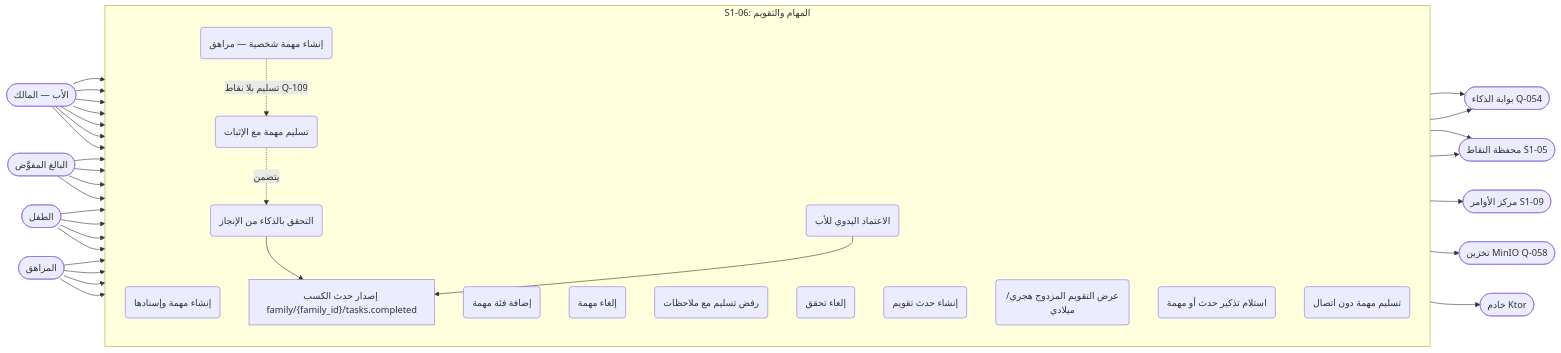
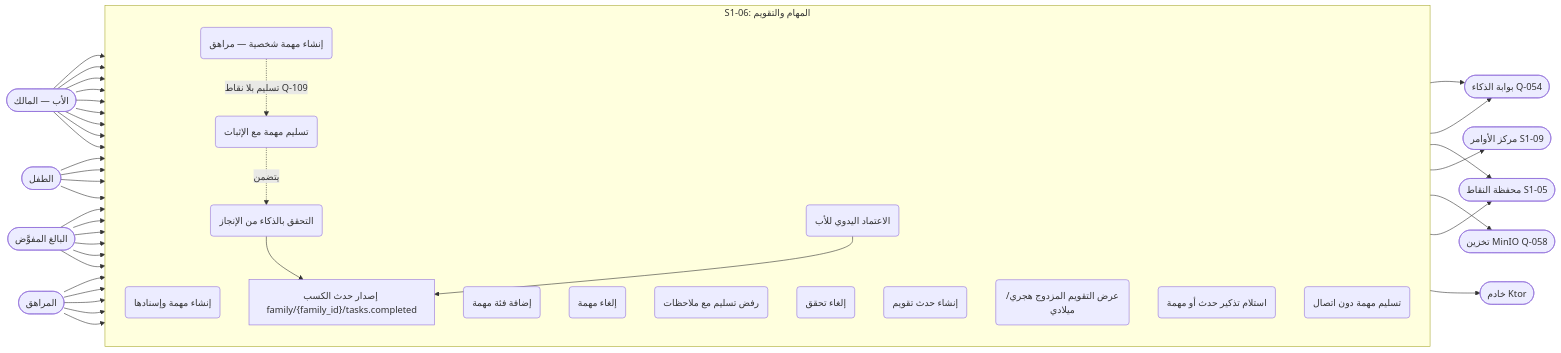
Before and after one commit to Bassam-mohammed-alqaeadi/family-os-v2: the first of 12 diagrams in docs/family-os/governance/phases/phase-1/S1-06-tasks-and-calendar/DIAGRAMS.md, drawn with Mermaid. The commit also changed other lines of this file and 3 other files, not shown here.

````diff
--- a/docs/family-os/governance/phases/phase-1/S1-06-tasks-and-calendar/DIAGRAMS.md
+++ b/docs/family-os/governance/phases/phase-1/S1-06-tasks-and-calendar/DIAGRAMS.md
@@ -14,61 +14,66 @@
 ```mermaid
 flowchart LR
     Father([الأب — المالك])
     Adult([البالغ المفوَّض])
     Child([الطفل])
     Teen([المراهق])
     AI([بوابة الذكاء Q-054])
     Server([خادم Ktor])
     S105([محفظة النقاط S1-05])
     S109([مركز الأوامر S1-09])
     MinIO([تخزين MinIO Q-058])
 
     subgraph S106 [S1-06: المهام والتقويم]
         direction TB
         UC1(إنشاء مهمة وإسنادها)
         UC2(إضافة فئة مهمة)
         UC3(إلغاء مهمة)
         UC4(تسليم مهمة مع الإثبات)
         UC5(التحقق بالذكاء من الإنجاز)
         UC6(الاعتماد اليدوي للأب)
         UC7(رفض تسليم مع ملاحظات)
         UC8(إلغاء تحقق)
         UC9(إنشاء حدث تقويم)
         UC10(عرض التقويم المزدوج هجري/ميلادي)
         UC11(استلام تذكير حدث أو مهمة)
         UC12(إنشاء مهمة شخصية — مراهق)
         UC13(تسليم مهمة دون اتصال)
         UC14["إصدار حدث الكسب family/{family_id}/tasks.completed"]
     end
 
     Father --> UC1
     Father --> UC2
     Father --> UC3
     Father --> UC6
     Father --> UC7
     Father --> UC8
     Father --> UC9
     Adult --> UC1
     Adult --> UC3
     Adult --> UC6
     Adult --> UC9
     Child --> UC4
     Child --> UC10
     Child --> UC11
     Child --> UC13
     Teen --> UC4
     Teen --> UC10
     Teen --> UC11
     Teen --> UC12
+    Teen --> UC13
+    Father --> UC10
+    Father --> UC11
+    Adult --> UC10
+    Adult --> UC11
     UC4 -.->|يتضمن| UC5
     UC4 --> AI
     UC5 --> AI
     UC5 --> UC14
     UC6 --> UC14
     UC14 --> S105
     UC4 --> S109
     UC5 --> MinIO
     UC8 --> S105
     UC13 --> Server
     UC12 -.->|تسليم بلا نقاط Q-109| UC4
 ```
````
